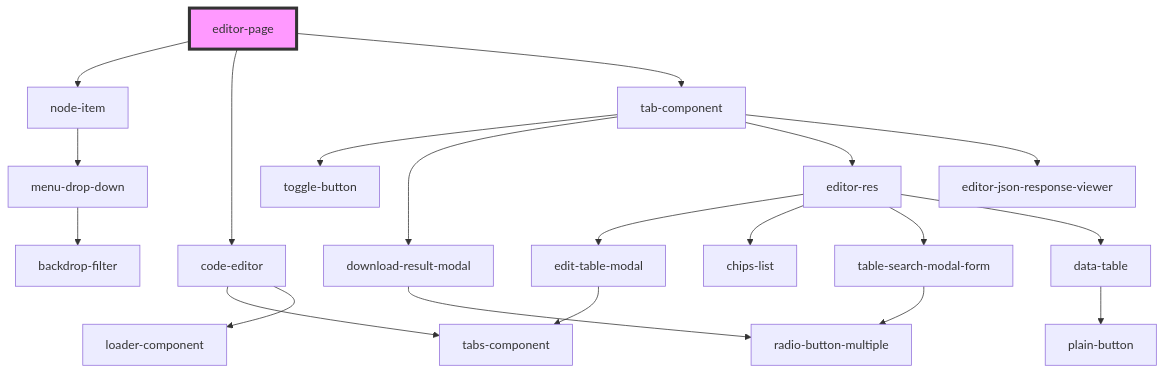
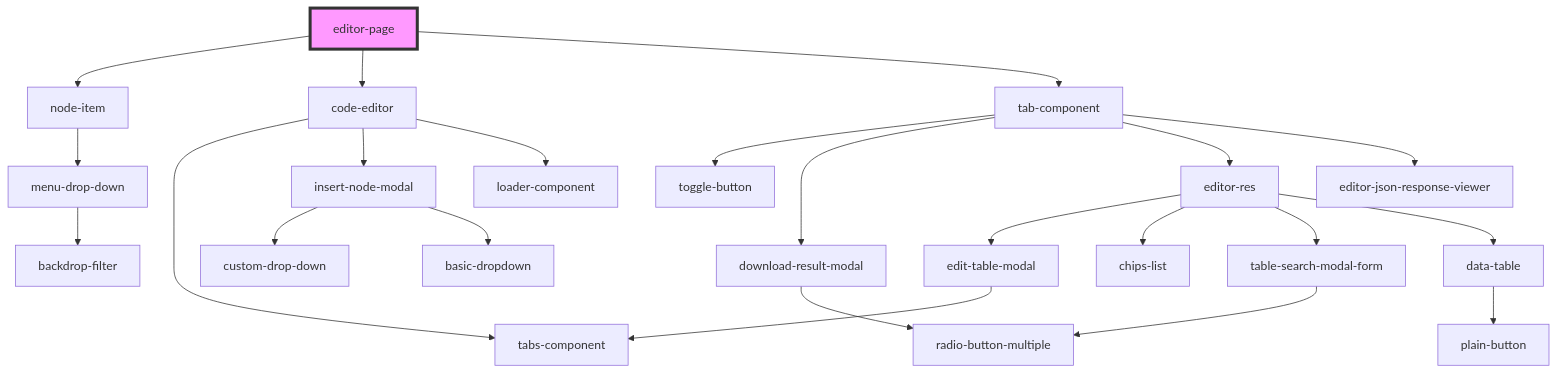
The diagram in src/components/editorPage/editor-page/readme.md (techvariable/NeptuneConnectComponents), drawn with Mermaid before and after one commit. The commit also changed 5 other files, not shown here.

````diff
--- a/src/components/editorPage/editor-page/readme.md
+++ b/src/components/editorPage/editor-page/readme.md
@@ -24,23 +24,26 @@
 ```mermaid
 graph TD;
   editor-page --> node-item
   editor-page --> code-editor
   editor-page --> tab-component
   node-item --> menu-drop-down
   menu-drop-down --> backdrop-filter
   code-editor --> tabs-component
+  code-editor --> insert-node-modal
   code-editor --> loader-component
+  insert-node-modal --> custom-drop-down
+  insert-node-modal --> basic-dropdown
   tab-component --> toggle-button
   tab-component --> download-result-modal
   tab-component --> editor-res
   tab-component --> editor-json-response-viewer
   download-result-modal --> radio-button-multiple
   editor-res --> edit-table-modal
   editor-res --> chips-list
   editor-res --> table-search-modal-form
   editor-res --> data-table
   edit-table-modal --> tabs-component
   table-search-modal-form --> radio-button-multiple
   data-table --> plain-button
   style editor-page fill:#f9f,stroke:#333,stroke-width:4px
 ```
````
